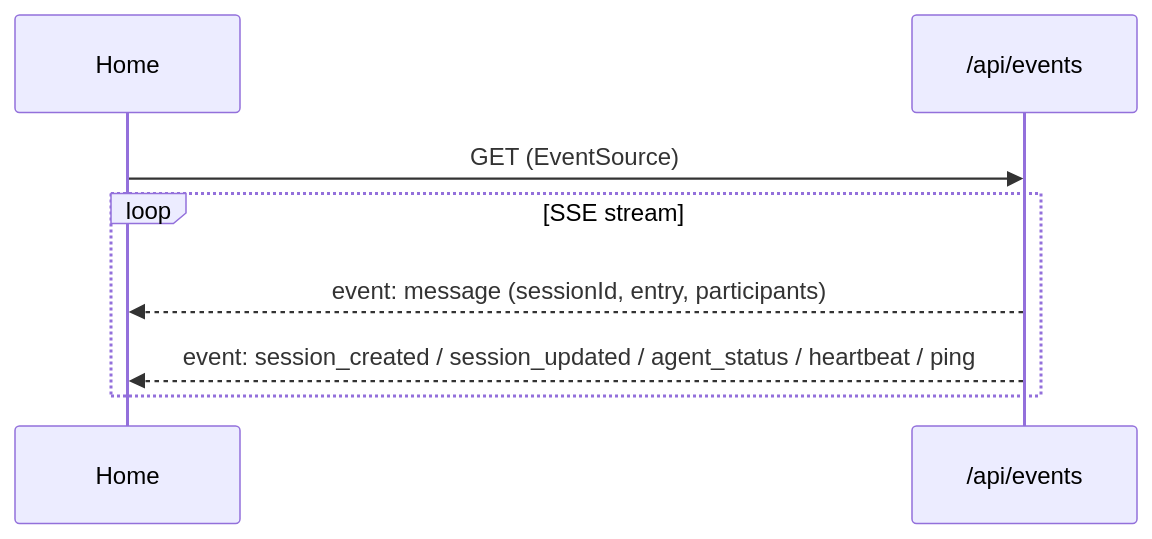
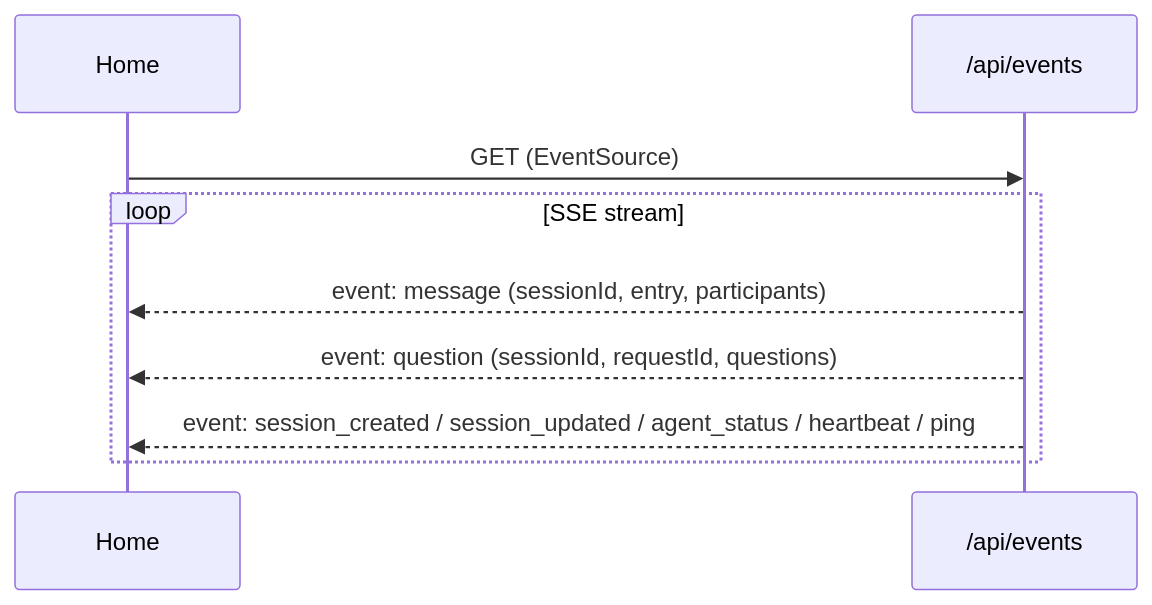
The fourth of 4 diagrams in docs/architecture/frontend-architecture.md (GarrettFleischer/maia), drawn with Mermaid before and after one commit. The commit also changed other lines of this file and 2 other files, not shown here.

First line of the commit message:
docs: smart context persistence and ask_user inline flow

````diff
--- a/docs/architecture/frontend-architecture.md
+++ b/docs/architecture/frontend-architecture.md
@@ -197,11 +195,12 @@
 ```mermaid
 sequenceDiagram
   participant Home
   participant Events as /api/events
 
   Home->>Events: GET (EventSource)
   loop SSE stream
-    Events-->>Home: event: message (sessionId, entry, participants)
-    Events-->>Home: event: session_created / session_updated / agent_status / heartbeat / ping
+  Events-->>Home: event: message (sessionId, entry, participants)
+  Events-->>Home: event: question (sessionId, requestId, questions)
+  Events-->>Home: event: session_created / session_updated / agent_status / heartbeat / ping
   end
 ```
````
